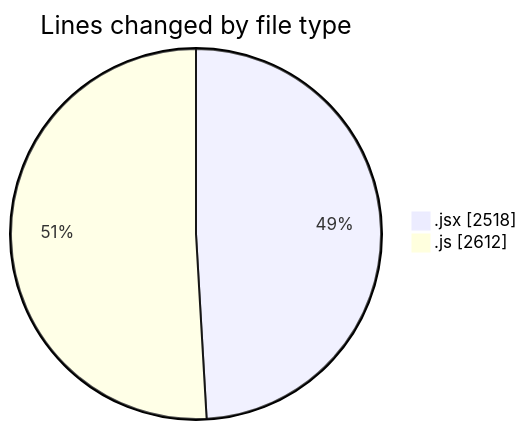
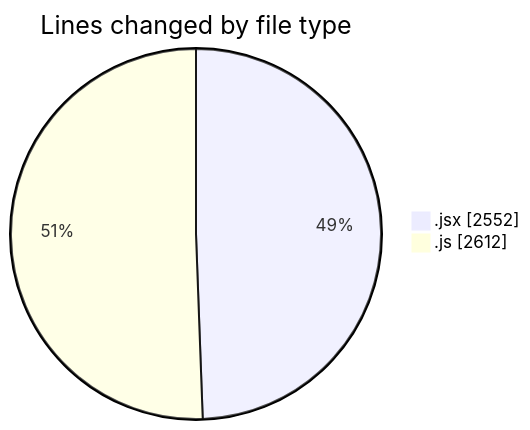
One commit to nxtqubesakshisongat/code-tracking changed the first of 2 diagrams in 2025-09-15/nxtqube_webapp/README.md. Above: the diagram before and after it, drawn with Mermaid. The commit also changed other lines of this file and 1 other file, not shown here.

````diff
--- a/2025-09-15/nxtqube_webapp/README.md
+++ b/2025-09-15/nxtqube_webapp/README.md
@@ -23,6 +23,6 @@
 ```mermaid
 pie showData
 title Lines changed by file type
-".jsx" : 2518
+".jsx" : 2552
 ".js" : 2612
 ```
````
